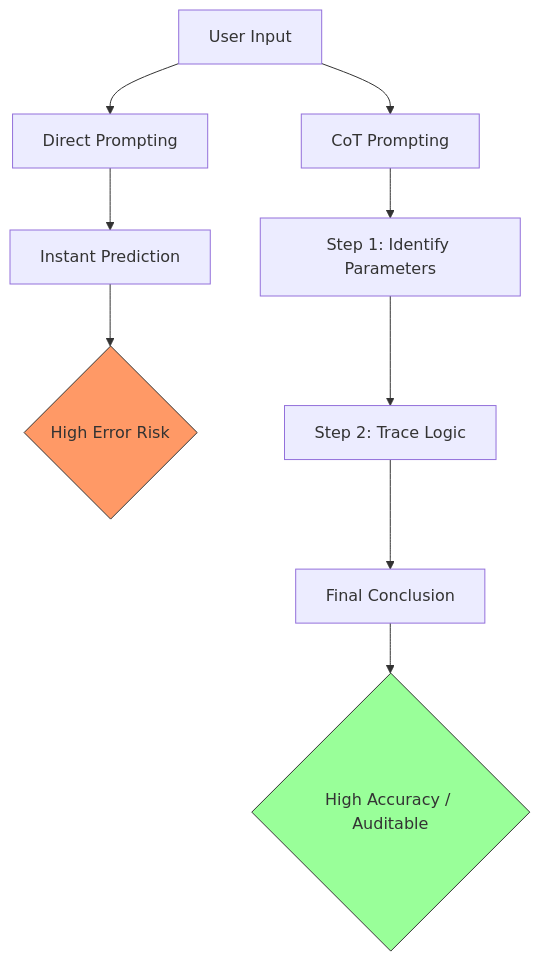
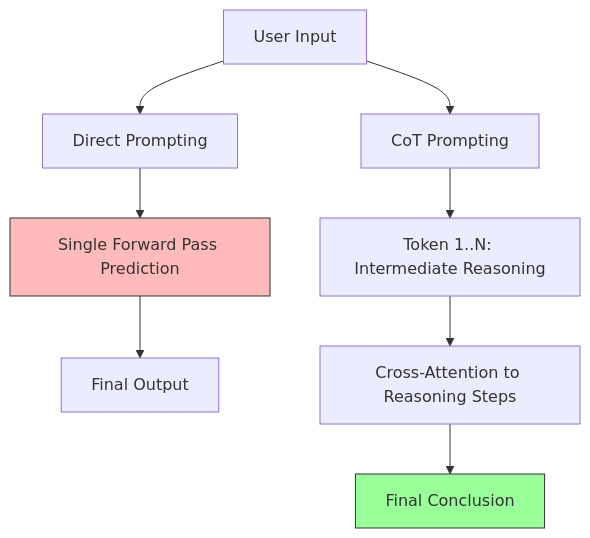
The diagram in docs/industry-terms/chain-of-thought-prompting.md (vaishvanara/techwritingkb), drawn with Mermaid before and after one commit. The commit also changed other lines of this file and 51 other files, not shown here.

````diff
--- a/docs/industry-terms/chain-of-thought-prompting.md
+++ b/docs/industry-terms/chain-of-thought-prompting.md
@@ -43,16 +46,14 @@
 ```mermaid
 graph TD
     A[User Input] --> B[Direct Prompting]
-    B --> C[Instant Prediction]
-    C --> D{High Error Risk}
+    B --> C[Single Forward Pass Prediction]
+    C --> D[Final Output]
     
     A --> E[CoT Prompting]
-    E --> F[Step 1: Identify Parameters]
-    F --> G[Step 2: Trace Logic]
+    E --> F[Token 1..N: Intermediate Reasoning]
+    F --> G[Cross-Attention to Reasoning Steps]
     G --> H[Final Conclusion]
-    I{High Accuracy / Auditable}
-    H --> I
 
-    style D fill:#f96,stroke:#333
-    style I fill:#9f9,stroke:#333
+    style C fill:#fbb,stroke:#333
+    style H fill:#9f9,stroke:#333
 ```
````
